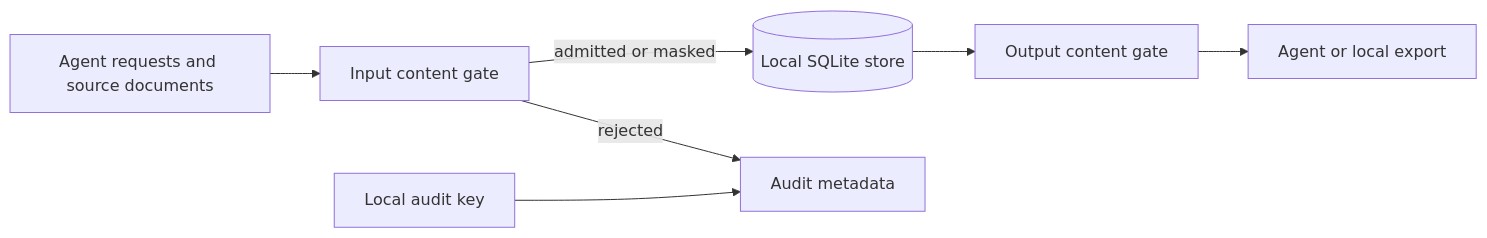
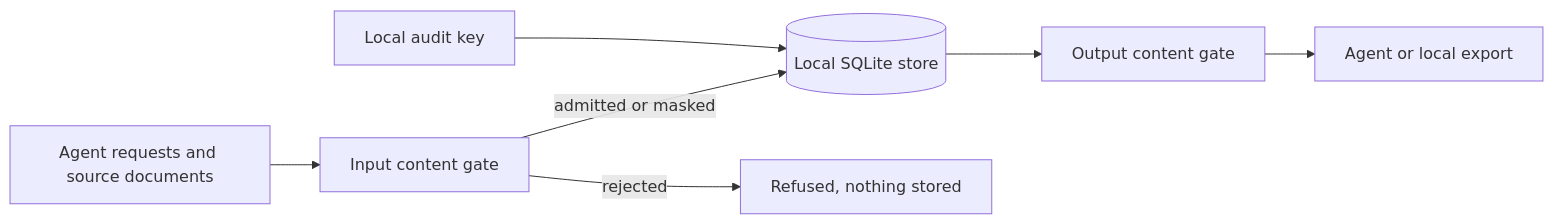
The diagram in docs/concepts/security.mdx (darkquasar/kaban), drawn with Mermaid before and after one commit. The commit also changed other lines of this file and 8 other files, not shown here.

````diff
--- a/docs/concepts/security.mdx
+++ b/docs/concepts/security.mdx
@@ -28,9 +28,9 @@
 ```mermaid
 flowchart LR
   I[Agent requests and source documents] --> G[Input content gate]
   G -->|admitted or masked| D[(Local SQLite store)]
-  G -->|rejected| A[Audit metadata]
+  G -->|rejected| R[Refused, nothing stored]
   D --> O[Output content gate]
   O --> C[Agent or local export]
-  K[Local audit key] --> A
+  K[Local audit key] --> D
 ```
````
